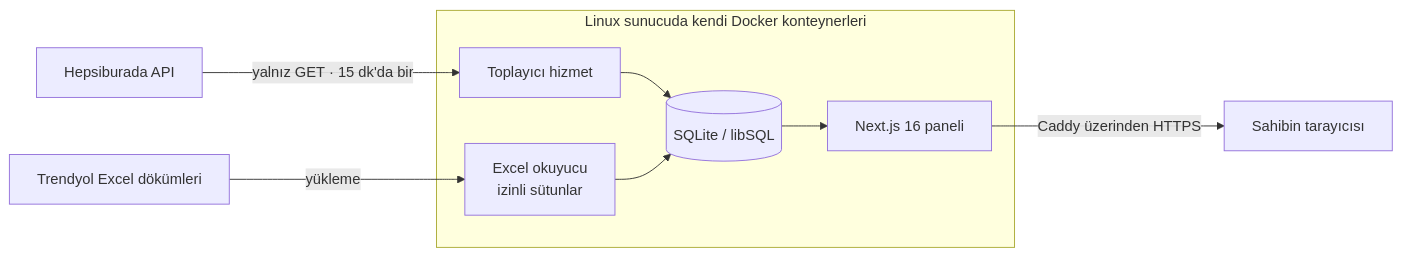
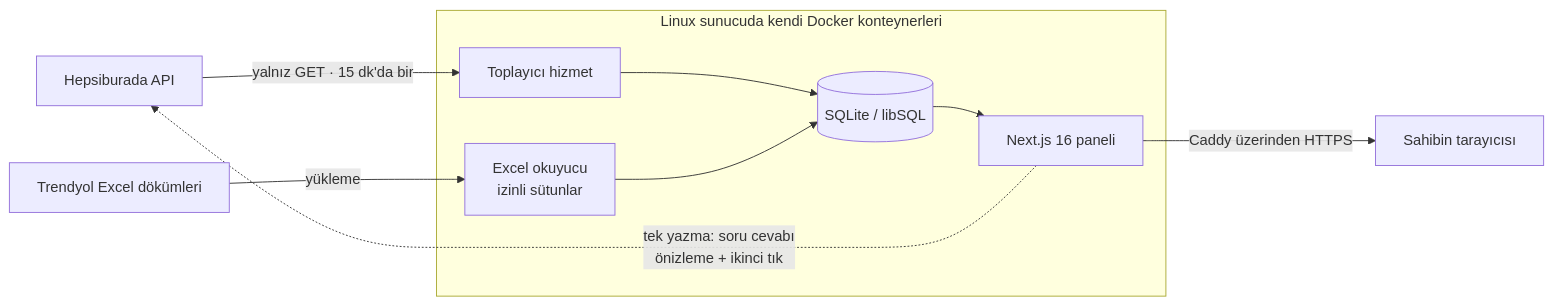
The diagram in README.tr.md (aeg58/fermente-panel-case-study), drawn with Mermaid before and after one commit. The commit also changed other lines of this file, not shown here.

````diff
--- a/README.tr.md
+++ b/README.tr.md
@@ -91,15 +92,16 @@
 ```mermaid
 flowchart LR
     HB[Hepsiburada API] -->|yalnız GET · 15 dk'da bir| T[Toplayıcı hizmet]
     TYX[Trendyol Excel dökümleri] -->|yükleme| X[Excel okuyucu<br/>izinli sütunlar]
     T --> DB[(SQLite / libSQL)]
     X --> DB
     DB --> P[Next.js 16 paneli]
     P -->|Caddy üzerinden HTTPS| O[Sahibin tarayıcısı]
+    P -.->|tek yazma: soru cevabı<br/>önizleme + ikinci tık| HB
     subgraph Server[Linux sunucuda kendi Docker konteynerleri]
       T
       X
       DB
       P
     end
 ```
````
